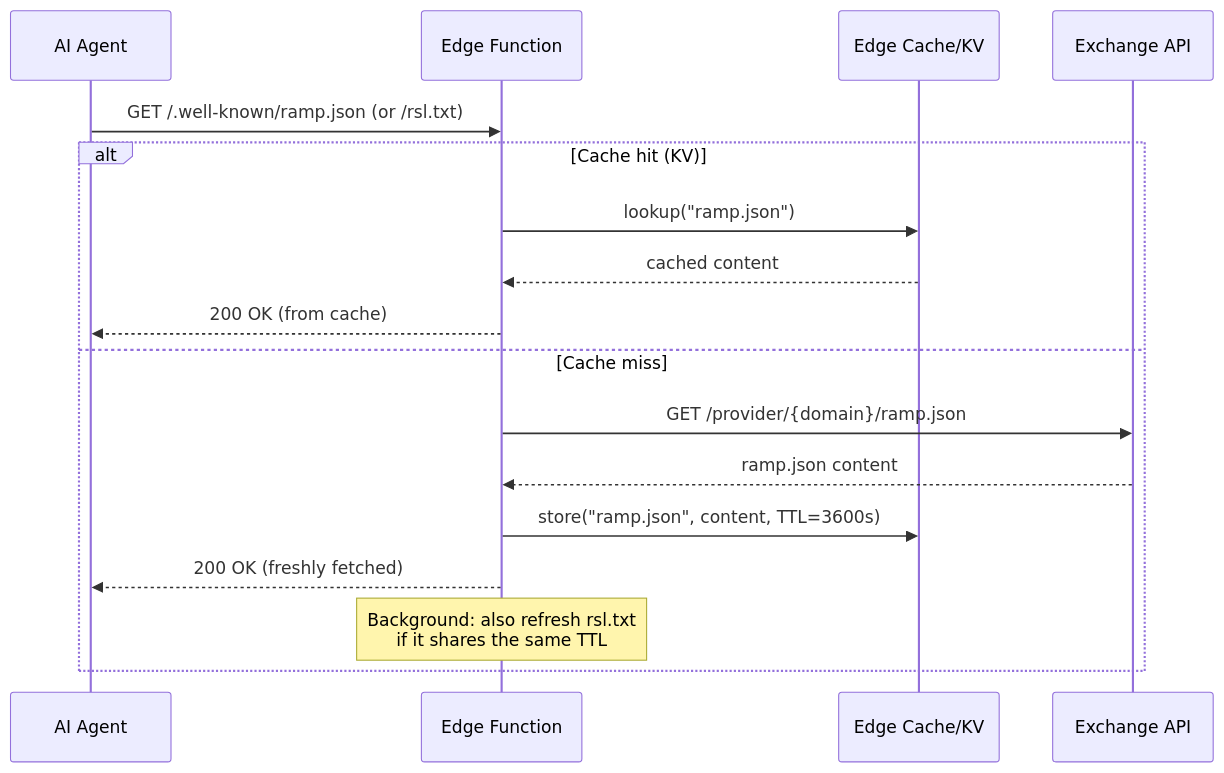
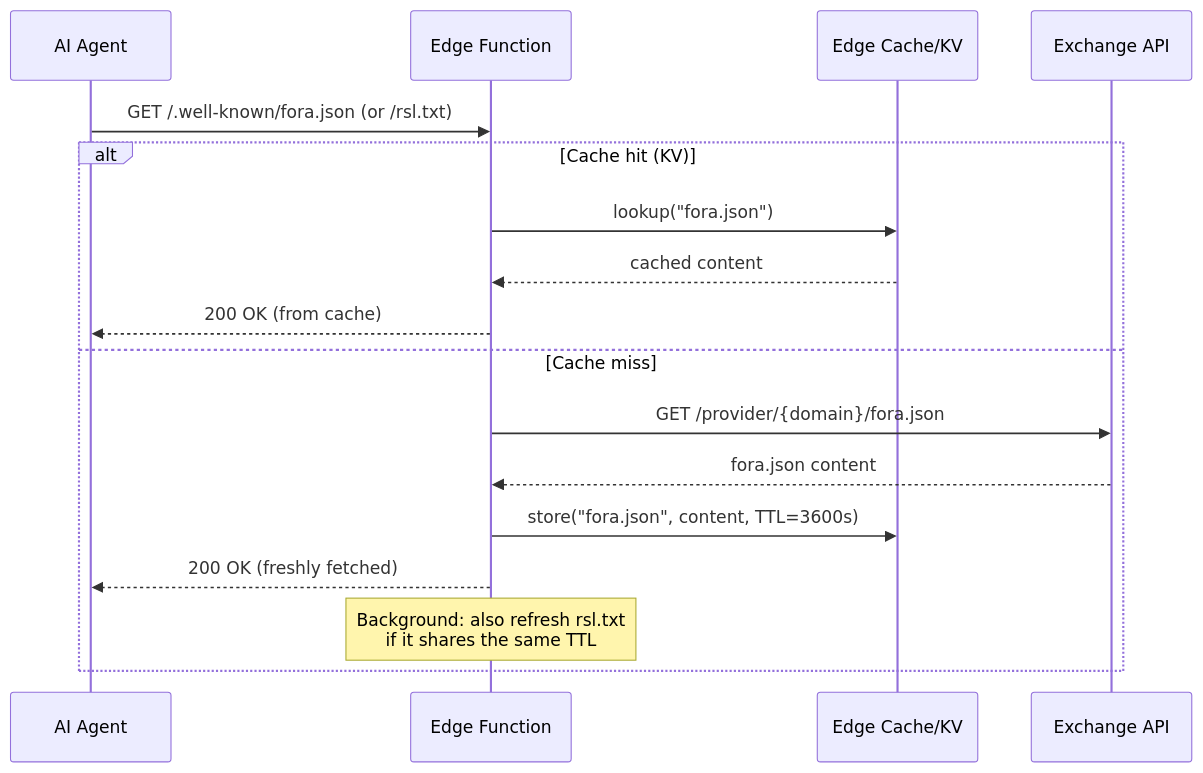
One commit to FORA-Protocol/protocol changed the third of 3 diagrams in website/src/content/docs/components/edge-function/deployment.mdx. Above: the diagram before and after it, drawn with Mermaid. The commit also changed other lines of this file and 561 other files, not shown here.

First line of the commit message:
Rename the protocol from RAMP to FORA

````diff
--- a/website/src/content/docs/components/edge-function/deployment.mdx
+++ b/website/src/content/docs/components/edge-function/deployment.mdx
@@ -307,21 +307,21 @@
 ```mermaid
 sequenceDiagram
     participant Agent as AI Agent
     participant Edge as Edge Function
     participant Cache as Edge Cache/KV
     participant MP as Exchange API
 
-    Agent->>Edge: GET /.well-known/ramp.json (or /rsl.txt)
+    Agent->>Edge: GET /.well-known/fora.json (or /rsl.txt)
 
     alt Cache hit (KV)
-        Edge->>Cache: lookup("ramp.json")
+        Edge->>Cache: lookup("fora.json")
         Cache-->>Edge: cached content
         Edge-->>Agent: 200 OK (from cache)
     else Cache miss
-        Edge->>MP: GET /provider/{domain}/ramp.json
-        MP-->>Edge: ramp.json content
-        Edge->>Cache: store("ramp.json", content, TTL=3600s)
+        Edge->>MP: GET /provider/{domain}/fora.json
+        MP-->>Edge: fora.json content
+        Edge->>Cache: store("fora.json", content, TTL=3600s)
         Edge-->>Agent: 200 OK (freshly fetched)
         Note over Edge: Background: also refresh rsl.txt<br/>if it shares the same TTL
     end
 ```
````
